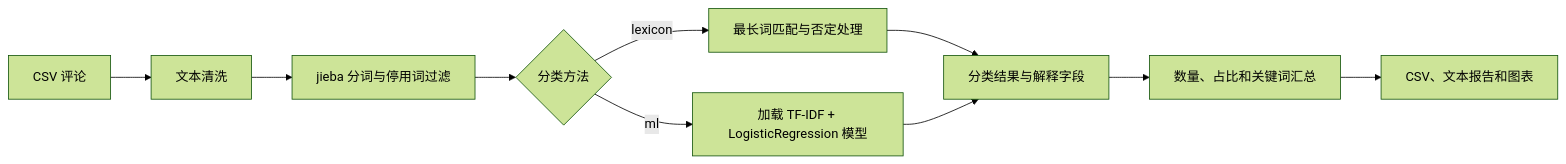
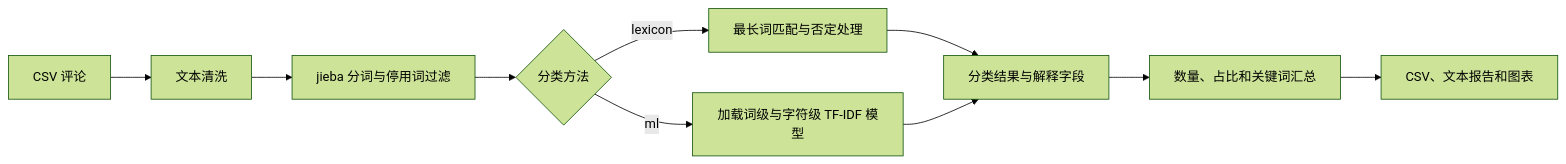
One commit to yueqian777/python-comment-sentiment-analysis-cli changed the diagram in README.md. Above: the diagram before and after it, drawn with Mermaid (forest theme). The commit also changed other lines of this file and 19 other files, not shown here.

````diff
--- a/README.md
+++ b/README.md
@@ -7,12 +7,12 @@
 ```mermaid
 flowchart LR
     A[CSV 评论] --> B[文本清洗]
     B --> C[jieba 分词与停用词过滤]
     C --> D{分类方法}
     D -->|lexicon| E[最长词匹配与否定处理]
-    D -->|ml| F[加载 TF-IDF + LogisticRegression 模型]
+    D -->|ml| F[加载词级与字符级 TF-IDF 模型]
     E --> G[分类结果与解释字段]
     F --> G
     G --> H[数量、占比和关键词汇总]
     H --> I[CSV、文本报告和图表]
 ```
````
